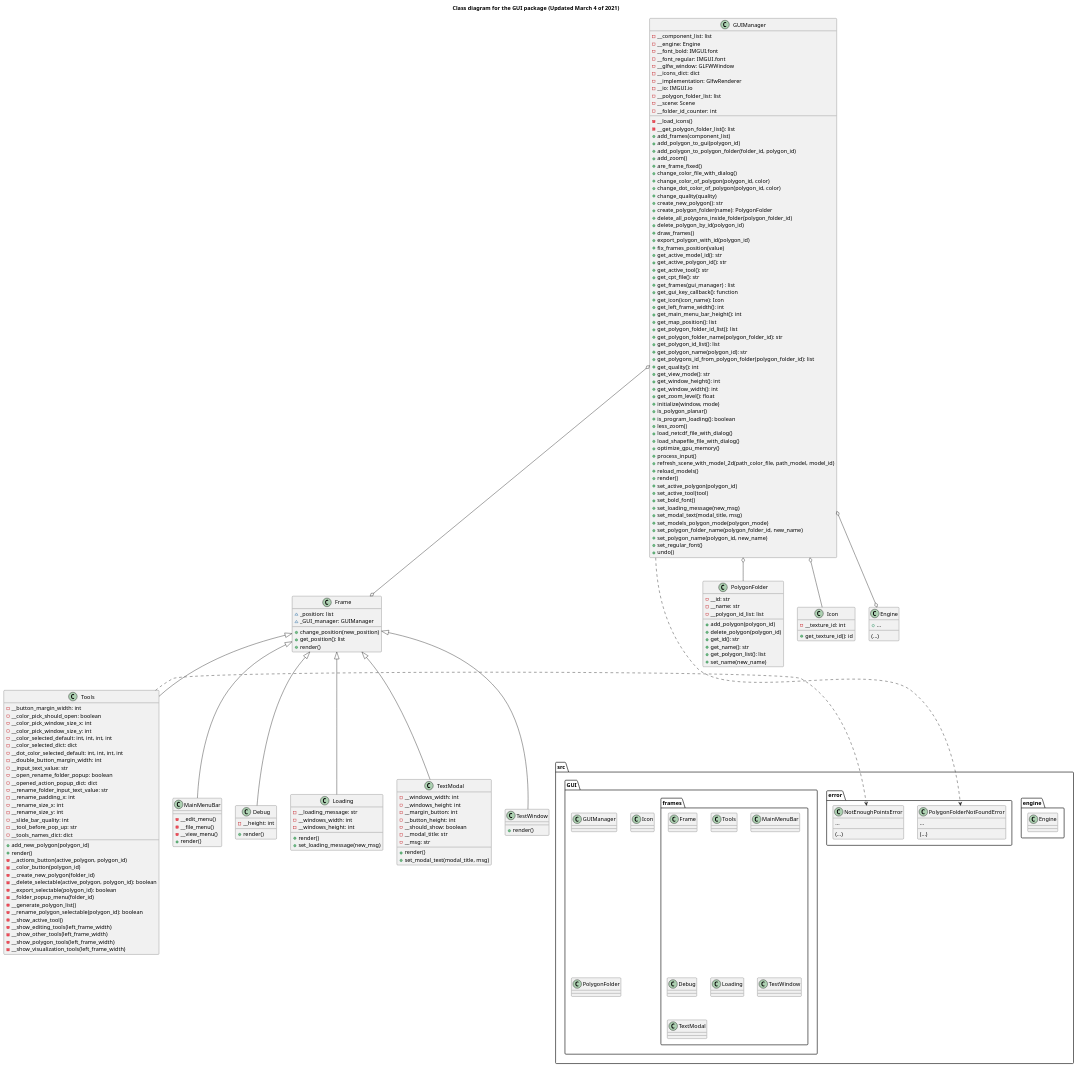
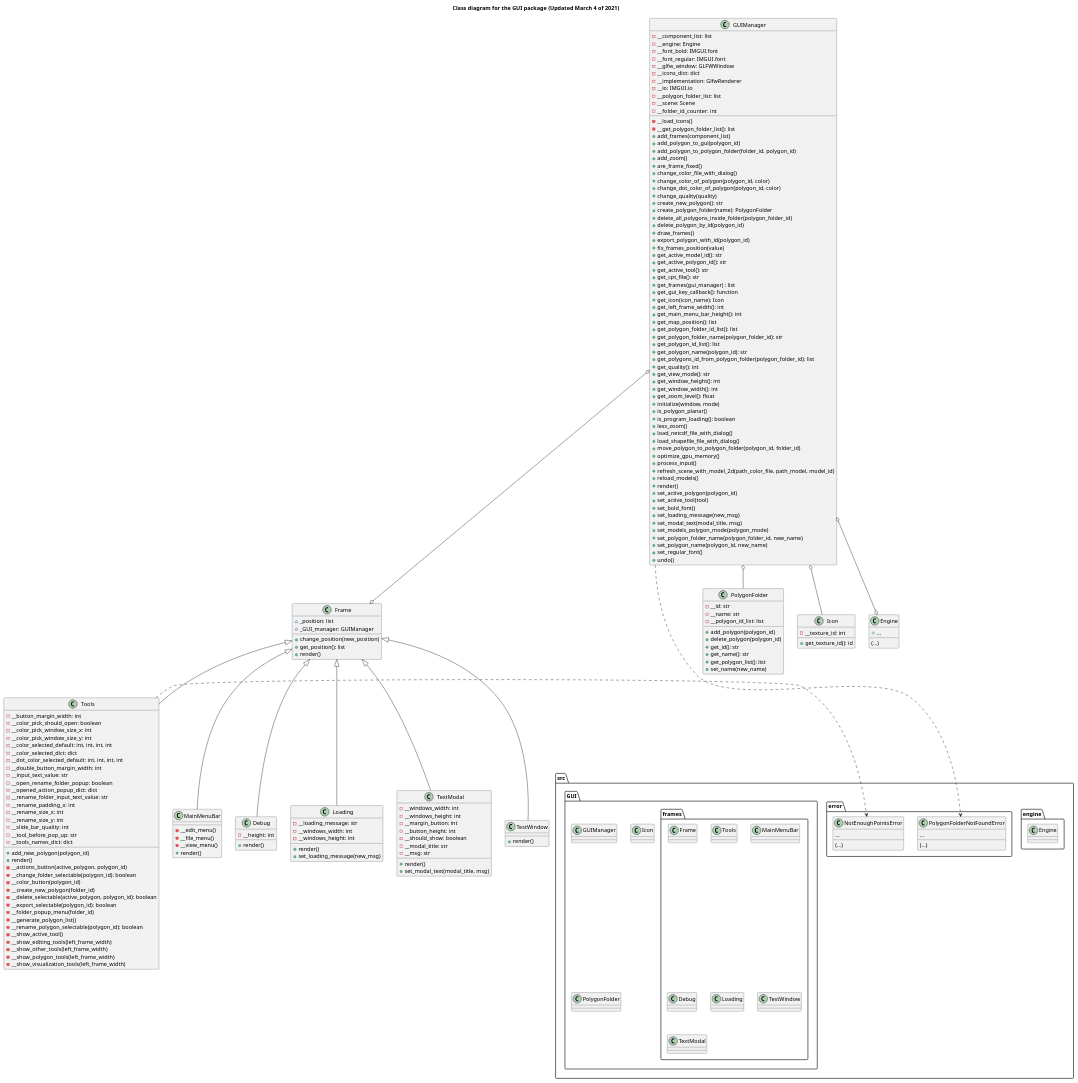
Before and after one commit to ferpoble2/Relief_Creator: the diagram in docs/gui_package.puml, drawn with PlantUML. The commit also changed 2 other files, not shown here.

Commit message:
Added menu to move polygons between folders

```diff
--- a/docs/gui_package.puml
+++ b/docs/gui_package.puml
@@ -108,6 +108,7 @@
     + less_zoom()
     + load_netcdf_file_with_dialog()
     + load_shapefile_file_with_dialog()
+    + move_polygon_to_polygon_folder(polygon_id, folder_id)
     + optimize_gpu_memory()
     + process_input()
     + refresh_scene_with_model_2d(path_color_file, path_model, model_id)
@@ -172,6 +173,7 @@
     + add_new_polygon(polygon_id)
     + render()
     - __actions_button(active_polygon, polygon_id)
+    - __change_folder_selectable(polygon_id): boolean
     - __color_button(polygon_id)
     - __create_new_polygon(folder_id)
     - __delete_selectable(active_polygon, polygon_id): boolean
```
